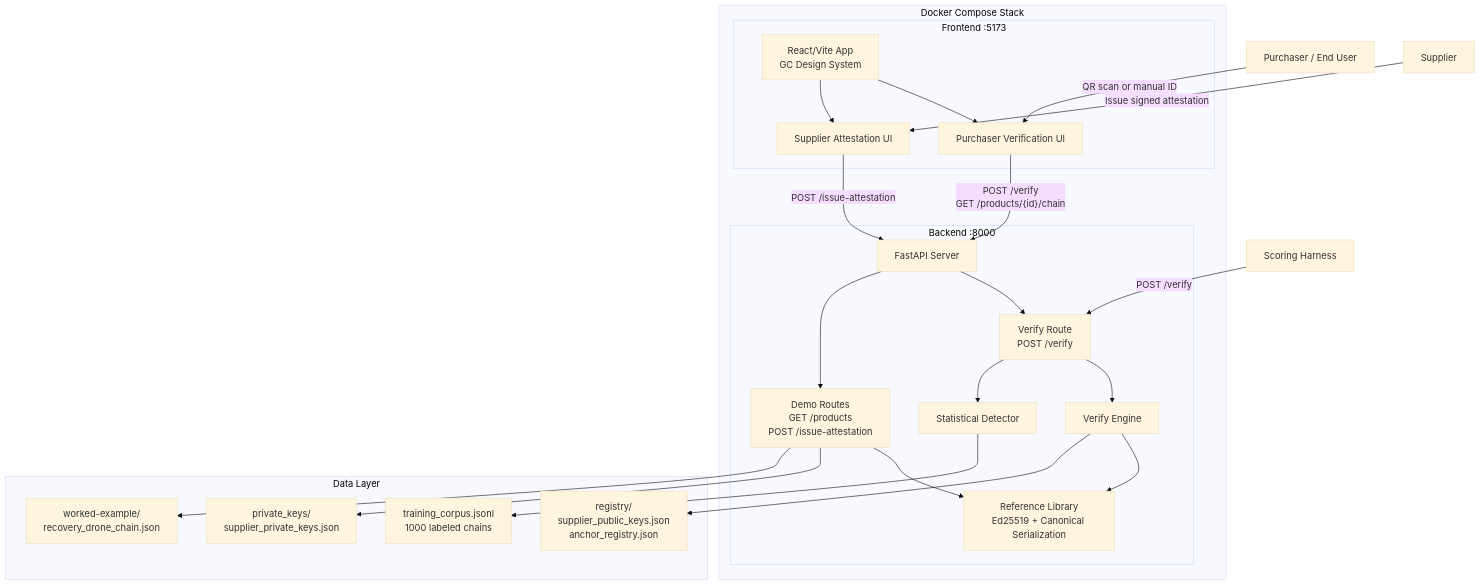
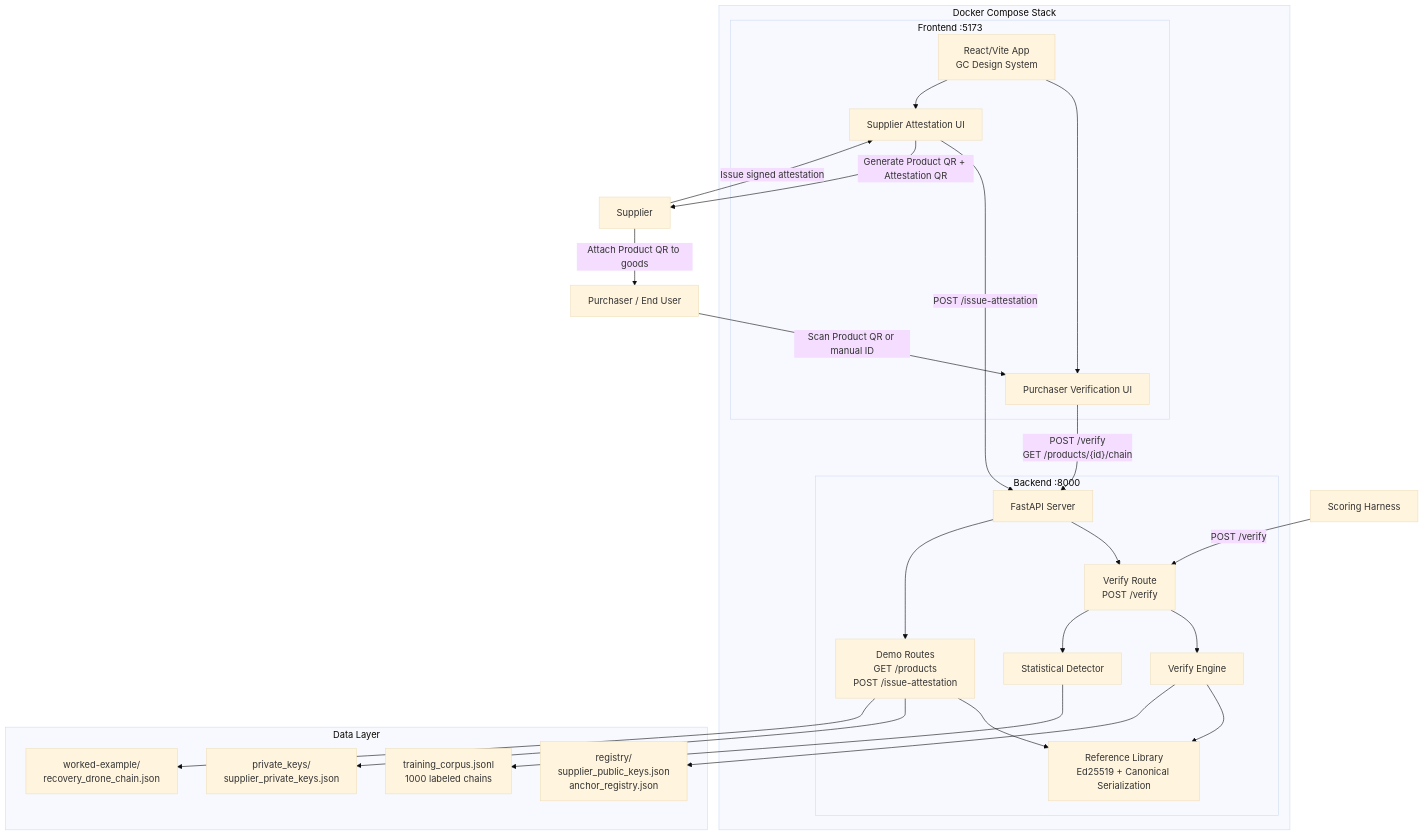
One commit to rahbarahsan/Red-Team-Hackathon changed the first of 5 diagrams in ARCHITECTURE.md. Above: the diagram before and after it, drawn with Mermaid (base theme). The commit also changed other lines of this file and 2 other files, not shown here.

Commit message:
feat: add product lookup QR + attestation QR side-by-side, update architecture docs

````diff
--- a/ARCHITECTURE.md
+++ b/ARCHITECTURE.md
@@ -5,46 +5,48 @@
 ```mermaid
 graph TB
     subgraph "Docker Compose Stack"
         subgraph "Frontend :5173"
             UI[React/Vite App<br/>GC Design System]
             PV[Purchaser Verification UI]
             SA[Supplier Attestation UI]
             UI --> PV
             UI --> SA
         end
 
         subgraph "Backend :8000"
             API[FastAPI Server]
             VR[Verify Route<br/>POST /verify]
             DR[Demo Routes<br/>GET /products<br/>POST /issue-attestation]
             VE[Verify Engine]
             SD[Statistical Detector]
             RL[Reference Library<br/>Ed25519 + Canonical Serialization]
             
             API --> VR
             API --> DR
             VR --> VE
             VR --> SD
             VE --> RL
             DR --> RL
         end
     end
 
     subgraph "Data Layer"
         REG[registry/<br/>supplier_public_keys.json<br/>anchor_registry.json]
         PK[private_keys/<br/>supplier_private_keys.json]
         TC[training_corpus.jsonl<br/>1000 labeled chains]
         WE[worked-example/<br/>recovery_drone_chain.json]
     end
 
     PV -->|"POST /verify<br/>GET /products/{id}/chain"| API
     SA -->|"POST /issue-attestation"| API
     VE --> REG
     SD --> TC
     DR --> PK
     DR --> WE
 
-    USER[Purchaser / End User] -->|"QR scan or manual ID"| PV
+    USER[Purchaser / End User] -->|"Scan Product QR or manual ID"| PV
     SUPPLIER[Supplier] -->|"Issue signed attestation"| SA
+    SA -->|"Generate Product QR + Attestation QR"| SUPPLIER
+    SUPPLIER -->|"Attach Product QR to goods"| USER
     HARNESS[Scoring Harness] -->|"POST /verify"| VR
 ```
````
